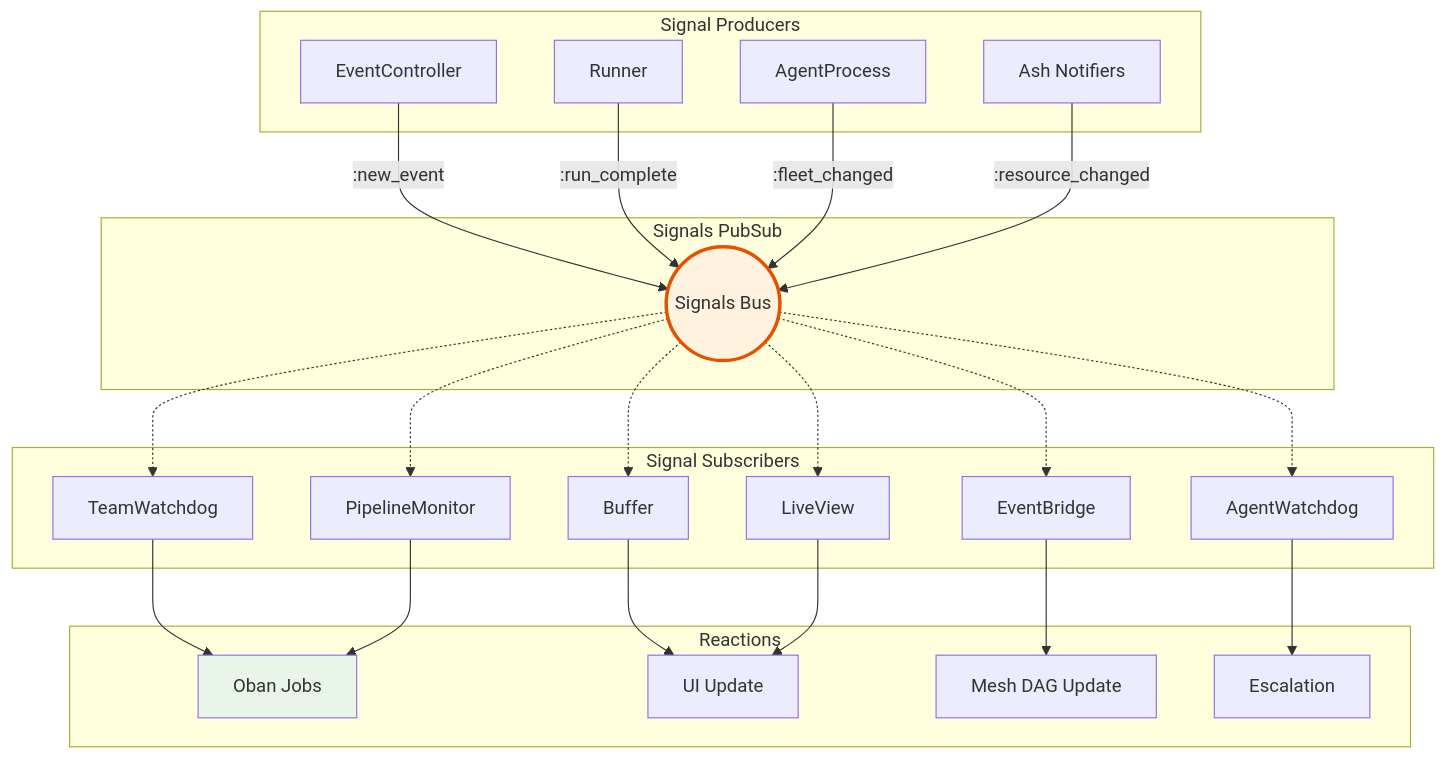
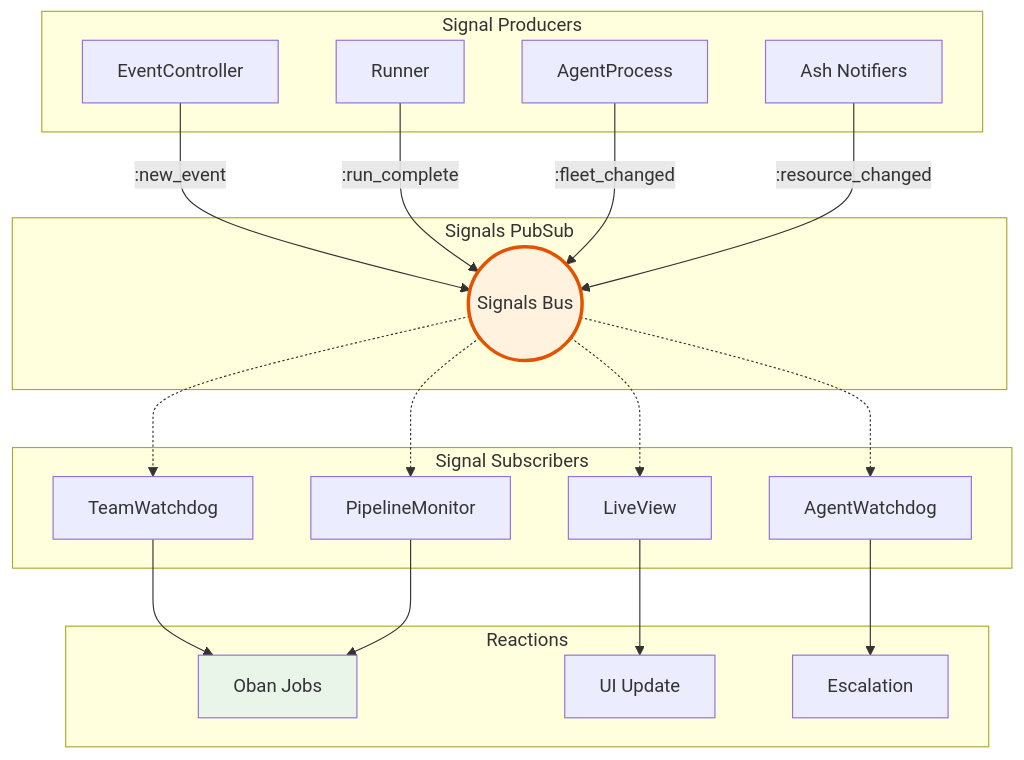
Diagram 20 of 21 in docs/diagrams/architecture.md (architects-of-type-IV/agent-observatory), drawn with Mermaid before and after one commit. The commit also changed other lines of this file and 9 other files, not shown here.

````diff
--- a/docs/diagrams/architecture.md
+++ b/docs/diagrams/architecture.md
@@ -752,51 +744,44 @@
 ```mermaid
 flowchart TB
     subgraph Producers["Signal Producers"]
         EC[EventController]
         R[Runner]
         AP[AgentProcess]
         Ash[Ash Notifiers]
     end
 
     subgraph Bus["Signals PubSub"]
         SIG((Signals Bus))
     end
 
     subgraph Subscribers["Signal Subscribers"]
         AW[AgentWatchdog]
         TW[TeamWatchdog]
-        EB[EventBridge]
-        BUF[Buffer]
         LV[LiveView]
         PM[PipelineMonitor]
     end
 
     subgraph Reactors["Reactions"]
         OJ[Oban Jobs]
         UI[UI Update]
-        MESH[Mesh DAG Update]
         ESC[Escalation]
     end
 
     EC -->|:new_event| SIG
     R -->|:run_complete| SIG
     AP -->|:fleet_changed| SIG
     Ash -->|:resource_changed| SIG
 
     SIG -.-> AW
     SIG -.-> TW
-    SIG -.-> EB
-    SIG -.-> BUF
     SIG -.-> LV
     SIG -.-> PM
 
     AW --> ESC
     TW --> OJ
-    EB --> MESH
-    BUF --> UI
     LV --> UI
     PM --> OJ
 
     style SIG fill:#fff3e0,stroke:#e65100,stroke-width:3px
     style OJ fill:#e8f5e8
 ```
````
